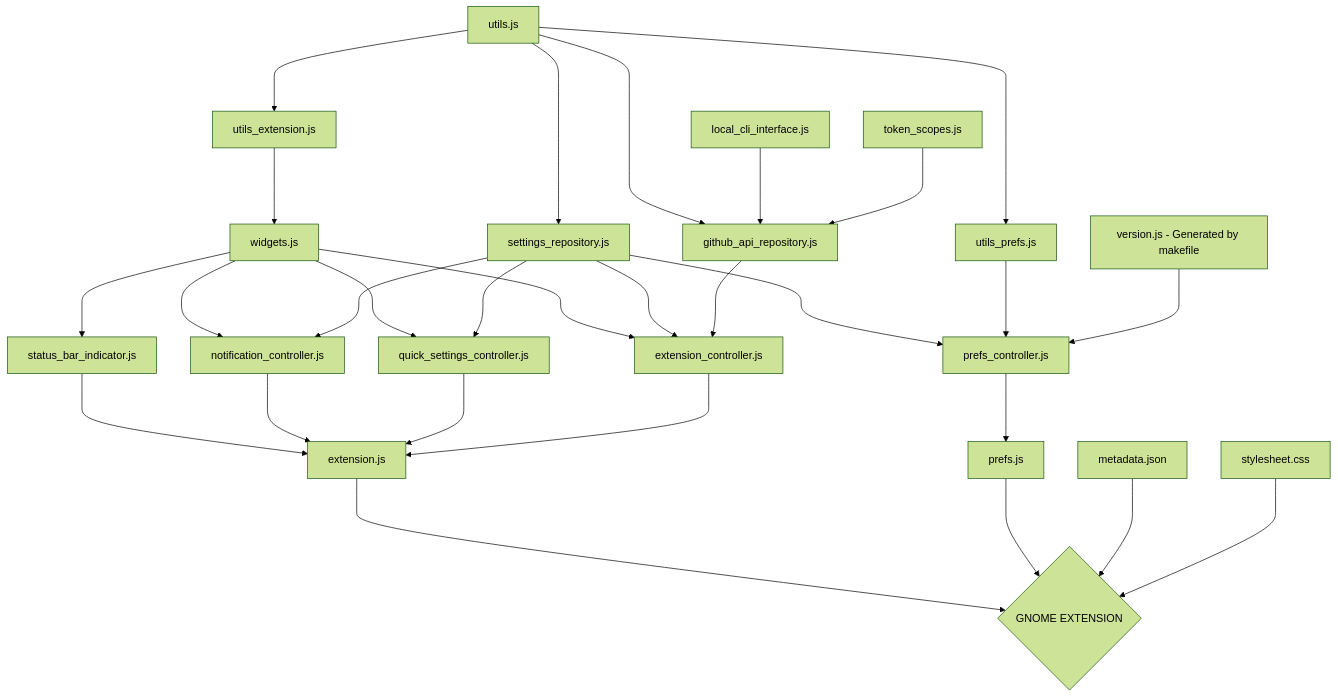
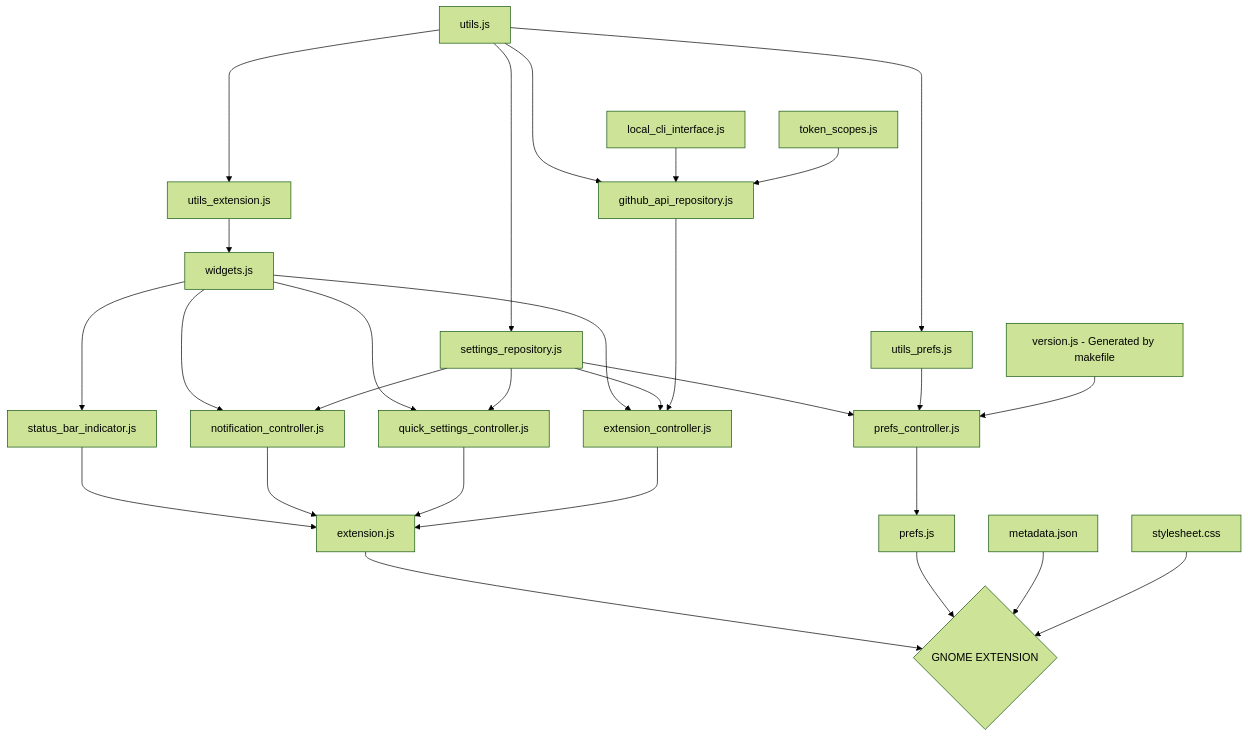
The diagram in README.md (arononak/github-actions-gnome-extension), drawn with Mermaid (forest theme) before and after one commit.

````diff
--- a/README.md
+++ b/README.md
@@ -32,31 +32,33 @@
 ```mermaid
 graph TD;
-    utils.js--->utils_extension.js
-    utils.js--->github_api_repository.js
-    local_cli_interface.js--->github_api_repository.js
-    token_scopes.js--->github_api_repository.js
+    utils.js---->utils_extension.js
+    utils.js---->github_api_repository.js
+    utils.js---->utils_prefs.js
+    utils.js---->settings_repository.js
+    utils_extension.js-->widgets.js
+    widgets.js--->status_bar_indicator.js
+    widgets.js--->quick_settings_controller.js
+    widgets.js--->notification_controller.js
     widgets.js--->extension_controller.js
-    settings_repository.js--->extension_controller.js
-    github_api_repository.js--->extension_controller.js
-    widgets.js--->status_bar_indicator.js
-    widgets.js--->notification_controller.js
+
+    local_cli_interface.js-->github_api_repository.js
+    token_scopes.js-->github_api_repository.js
+    settings_repository.js-->extension_controller.js
+    github_api_repository.js---->extension_controller.js
+    settings_repository.js-->quick_settings_controller.js
+    settings_repository.js-->notification_controller.js
+    settings_repository.js-->prefs_controller.js
+    utils_prefs.js-->prefs_controller.js
+
     status_bar_indicator.js--->extension.js
     notification_controller.js--->extension.js
-    widgets.js--->quick_settings_controller.js
-    settings_repository.js--->quick_settings_controller.js
-    settings_repository.js--->notification_controller.js
     quick_settings_controller.js--->extension.js
     extension_controller.js--->extension.js
-    utils.js--->settings_repository.js
-    settings_repository.js--->prefs_controller.js
-    utils.js--->utils_prefs.js
-    utils_prefs.js--->prefs_controller.js
     prefs_controller.js--->prefs.js
-    utils_extension.js--->widgets.js
-    version.js[version.js - Generated by makefile]--->prefs_controller.js
+    version.js[version.js - Generated by makefile]-->prefs_controller.js
 
-    extension.js--->EXTENSION{GNOME EXTENSION}
-    prefs.js--->EXTENSION{GNOME EXTENSION}
-    metadata.json--->EXTENSION{GNOME EXTENSION}
-    stylesheet.css--->EXTENSION{GNOME EXTENSION}
+    extension.js-->EXTENSION{GNOME EXTENSION}
+    prefs.js-->EXTENSION{GNOME EXTENSION}
+    metadata.json-->EXTENSION{GNOME EXTENSION}
+    stylesheet.css-->EXTENSION{GNOME EXTENSION}
 ```
````
